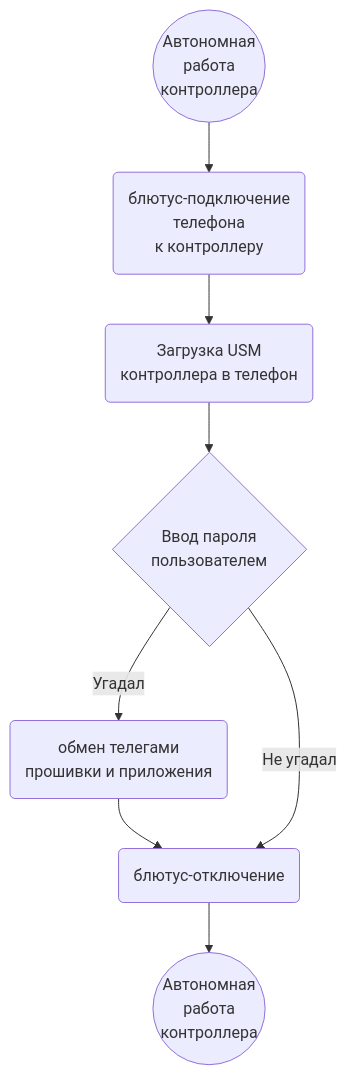
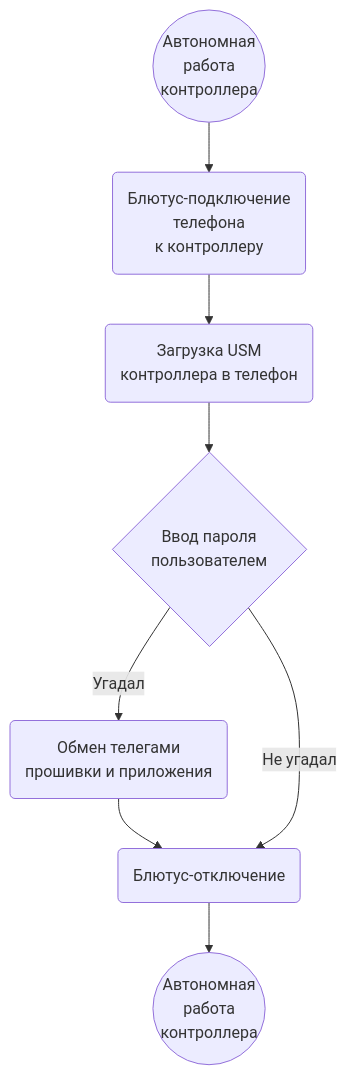
Before and after one commit to KhudyakovAlex/Synapse: the first of 2 diagrams in PDS/SynapsePDS_FW_Logic.md, drawn with Mermaid. The commit also changed other lines of this file and 4 other files, not shown here.

````diff
--- a/PDS/SynapsePDS_FW_Logic.md
+++ b/PDS/SynapsePDS_FW_Logic.md
@@ -35,20 +35,20 @@
 ```mermaid
 flowchart TB
     SAW((Автономная<br>работа<br>контроллера))
-    BC(блютус-подключение<br>телефона<br>к контроллеру)
+    BC(Блютус-подключение<br>телефона<br>к контроллеру)
     DD(Загрузка USM<br>контроллера в телефон)
     P{Ввод пароля<br>пользователем}
-    W(обмен телегами<br>прошивки и приложения)
-    BDC(блютус-отключение)
+    W(Обмен телегами<br>прошивки и приложения)
+    BDC(Блютус-отключение)
     EAW((Автономная<br>работа<br>контроллера))
 
     SAW-->BC
     BC-->DD
     DD-->P
 
     P -->|Угадал| W
     W-->BDC
     P -->|Не угадал| BDC
 
     BDC-->EAW
 ```
````
